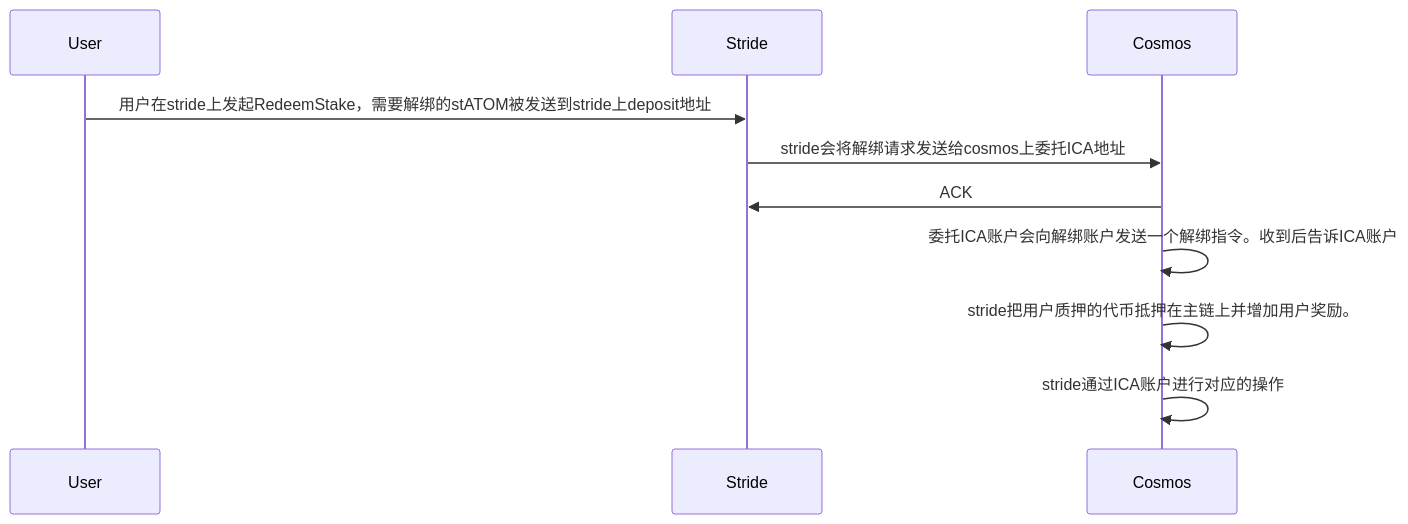
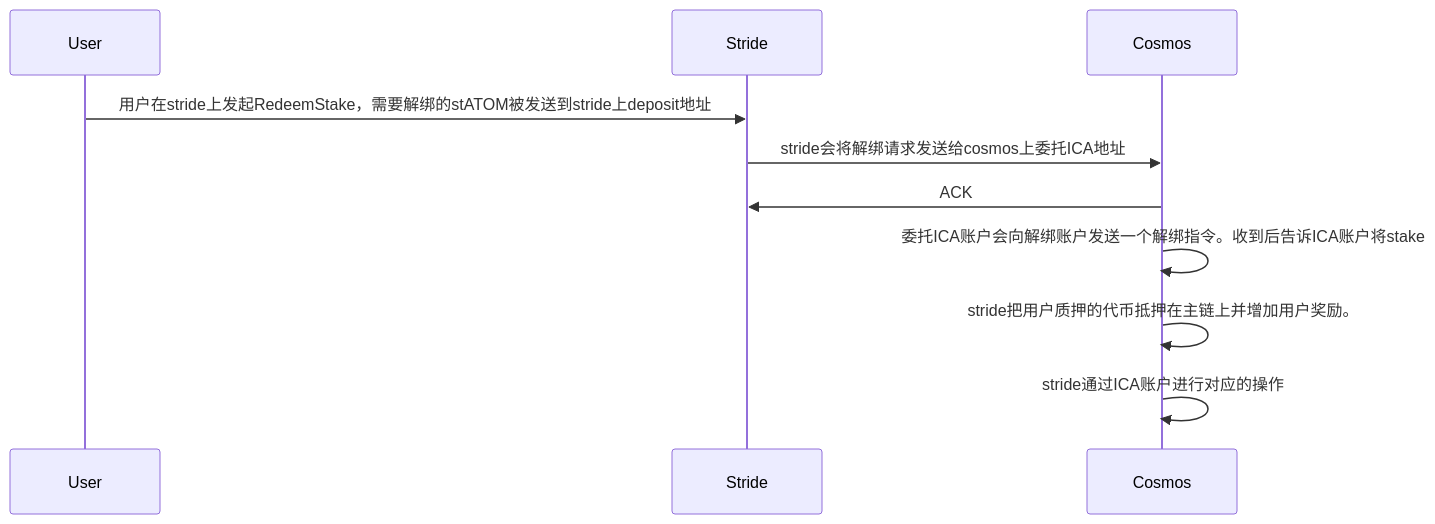
Before and after one commit to yingjianzh/iodraw-files: the diagram in all/unbonding.md, drawn with Mermaid.

Commit message:
2024-03-28 15:16:25 update

````diff
--- a/all/unbonding.md
+++ b/all/unbonding.md
@@ -1,9 +1,9 @@
 ```mermaid
 sequenceDiagram
     User->>Stride: 用户在stride上发起RedeemStake，需要解绑的stATOM被发送到stride上deposit地址
     Stride->>Cosmos: stride会将解绑请求发送给cosmos上委托ICA地址
     Cosmos->>Stride: ACK
-    Cosmos->>Cosmos: 委托ICA账户会向解绑账户发送一个解绑指令。收到后告诉ICA账户
+    Cosmos->>Cosmos: 委托ICA账户会向解绑账户发送一个解绑指令。收到后告诉ICA账户将stake
     Cosmos->>Cosmos: stride把用户质押的代币抵押在主链上并增加用户奖励。
     Cosmos->>Cosmos: stride通过ICA账户进行对应的操作
 ```
````
